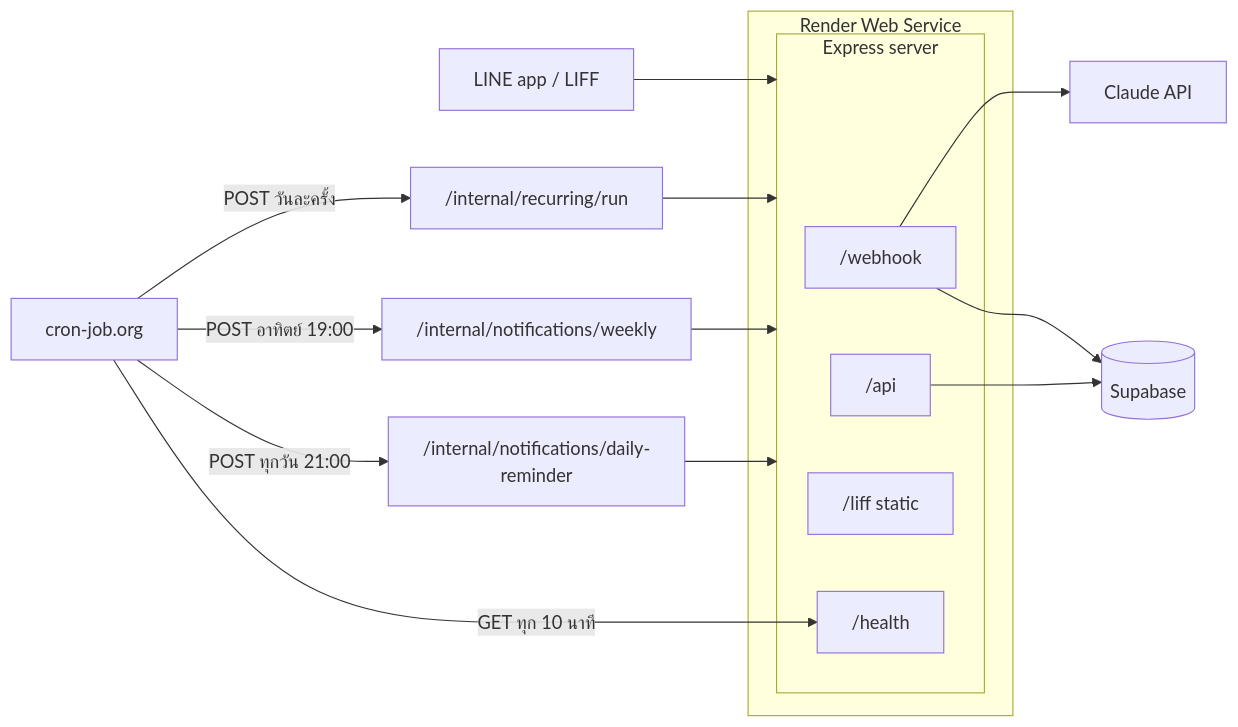
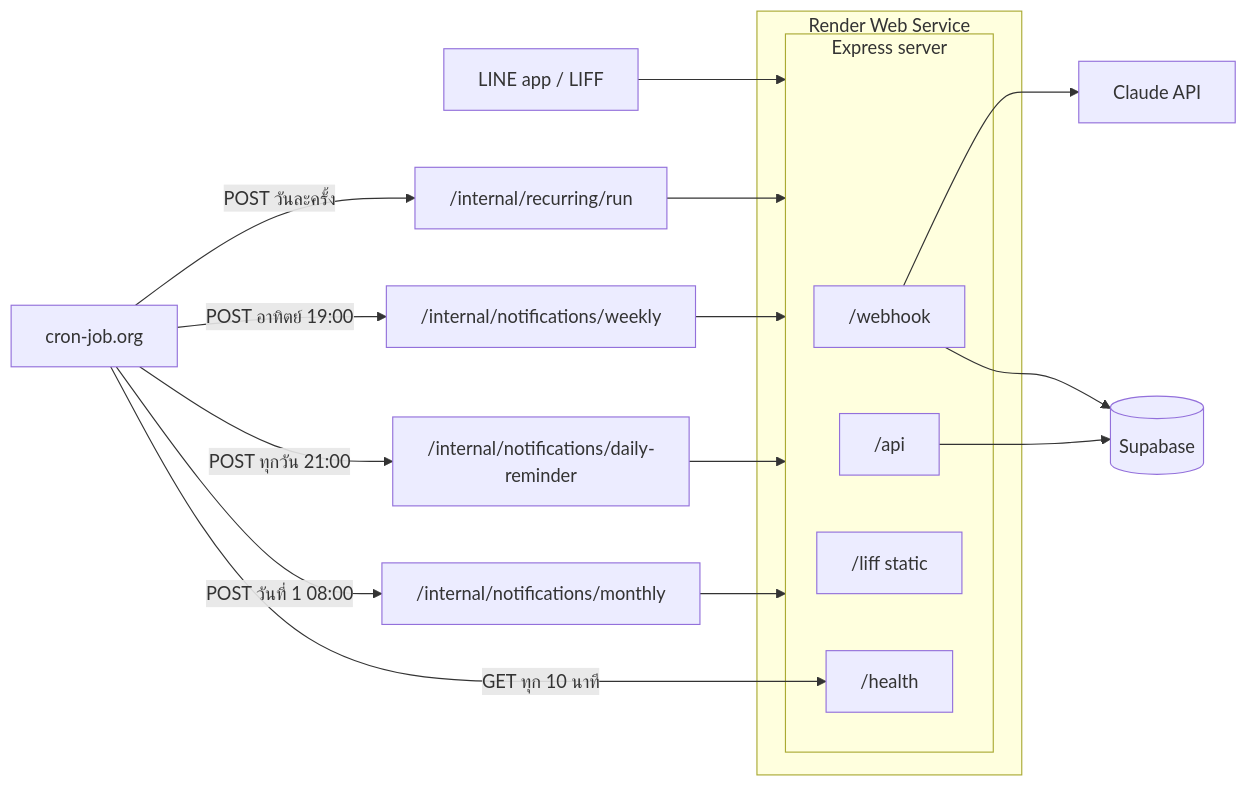
Before and after one commit to promminkiw/line-expense-bot: the diagram in README.md, drawn with Mermaid. The commit also changed other lines of this file and 2 other files, not shown here.

Commit message:
docs: document the monthly summary push and its cron job

````diff
--- a/README.md
+++ b/README.md
@@ -27,22 +27,24 @@
 ```mermaid
 flowchart LR
   LINE[LINE app / LIFF] --> Express
   subgraph Render[Render Web Service]
     subgraph Express[Express server]
       Webhook["/webhook"]
       Api["/api"]
       Static["/liff static"]
       Health["/health"]
     end
   end
   Webhook --> Claude[Claude API]
   Webhook --> Supabase[(Supabase)]
   Api --> Supabase
   Cron[cron-job.org] -->|GET ทุก 10 นาที| Health
   Cron -->|POST วันละครั้ง| Run["/internal/recurring/run"]
   Cron -->|POST อาทิตย์ 19:00| Weekly["/internal/notifications/weekly"]
   Cron -->|POST ทุกวัน 21:00| Daily["/internal/notifications/daily-reminder"]
+  Cron -->|POST วันที่ 1 08:00| Monthly["/internal/notifications/monthly"]
   Run --> Express
   Weekly --> Express
   Daily --> Express
+  Monthly --> Express
 ```
````
